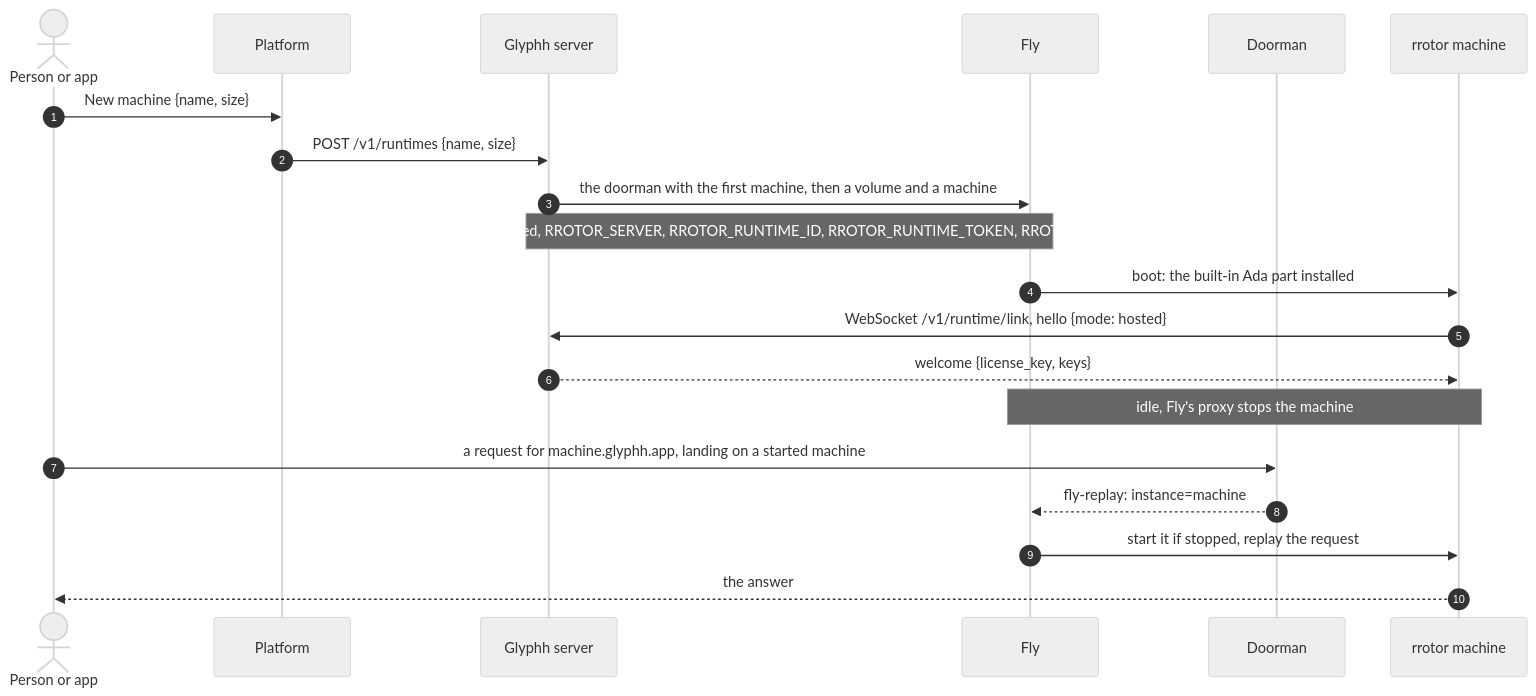
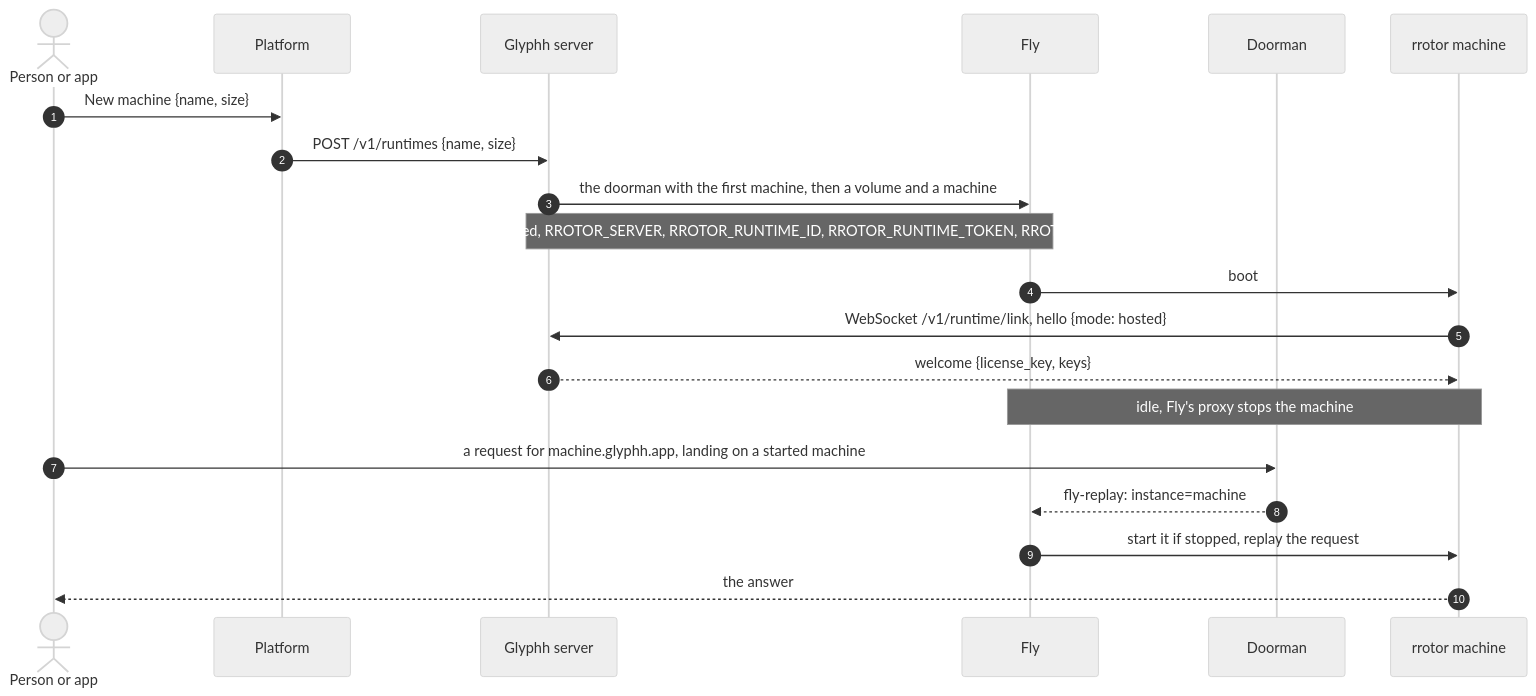
Before and after one commit to glyphh-ai/rrotor: the third of 5 diagrams in docs/architecture.md, drawn with Mermaid (neutral theme). The commit also changed other lines of this file and 5 other files, not shown here.

First line of the commit message:
Docs: rrotor runs no Ada models; what remains, described as built

````diff
--- a/docs/architecture.md
+++ b/docs/architecture.md
@@ -135,22 +133,22 @@
 ```mermaid
 sequenceDiagram
     autonumber
     actor P as Person or app
     participant W as Platform
     participant G as Glyphh server
     participant F as Fly
     participant D as Doorman
     participant R as rrotor machine
     P->>W: New machine {name, size}
     W->>G: POST /v1/runtimes {name, size}
     G->>F: the doorman with the first machine, then a volume and a machine
     Note over G,F: RROTOR_MODE=hosted, RROTOR_SERVER, RROTOR_RUNTIME_ID, RROTOR_RUNTIME_TOKEN, RROTOR_PUBLIC_DOMAIN
-    F->>R: boot: the built-in Ada part installed
+    F->>R: boot
     R->>G: WebSocket /v1/runtime/link, hello {mode: hosted}
     G-->>R: welcome {license_key, keys}
     Note over F,R: idle, Fly's proxy stops the machine
     P->>D: a request for machine.glyphh.app, landing on a started machine
     D-->>F: fly-replay: instance=machine
     F->>R: start it if stopped, replay the request
     R-->>P: the answer
 ```
````
